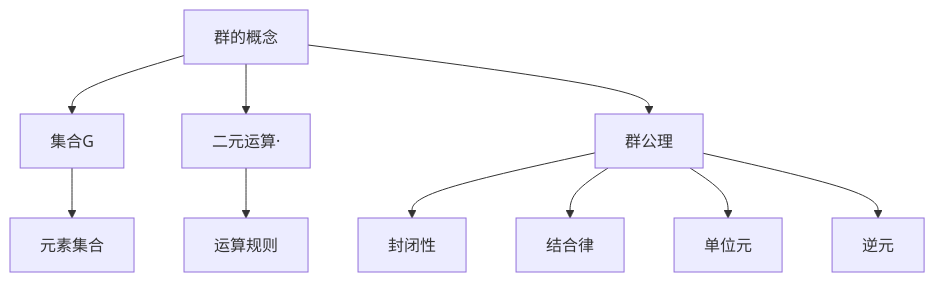
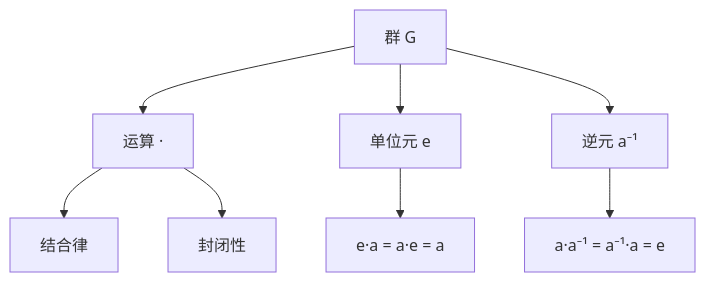
Before and after one commit to AdaMartin18010/FormalMath: the first of 3 diagrams in docs/02-代数结构/01-群论-增强版.md, drawn with Mermaid. The commit also changed other lines of this file and 17 other files, not shown here.

````diff
--- a/docs/02-代数结构/01-群论-增强版.md
+++ b/docs/02-代数结构/01-群论-增强版.md
@@ -191,13 +87,12 @@
 ```mermaid
 graph TD
-    A[群的概念] --> B[集合G]
-    A --> C[二元运算·]
-    A --> D[群公理]
-
-    B --> E[元素集合]
-    C --> F[运算规则]
-    D --> G[封闭性]
-    D --> H[结合律]
-    D --> I[单位元]
-    D --> J[逆元]
+    A[群 G] --> B[运算 ·]
+    A --> C[单位元 e]
+    A --> D[逆元 a⁻¹]
+    
+    B --> E[结合律]
+    B --> F[封闭性]
+    
+    C --> G[e·a = a·e = a]
+    D --> H[a·a⁻¹ = a⁻¹·a = e]
 ```
````
